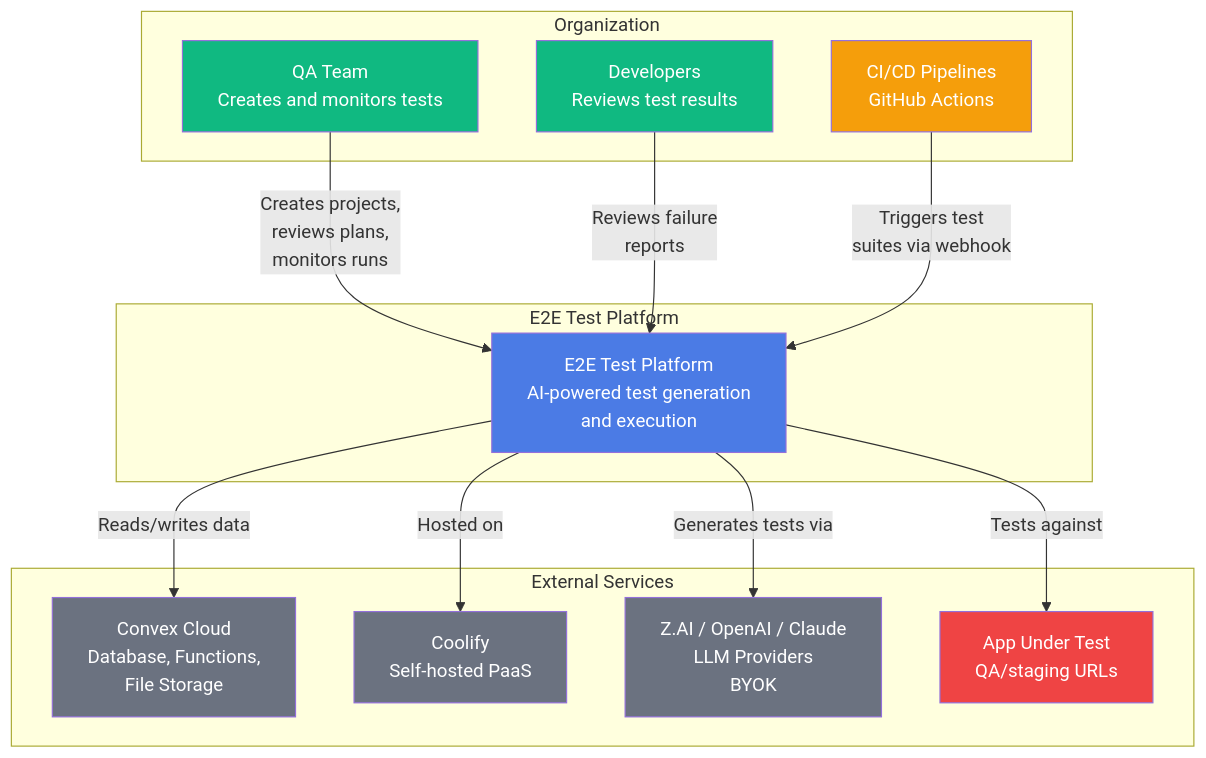
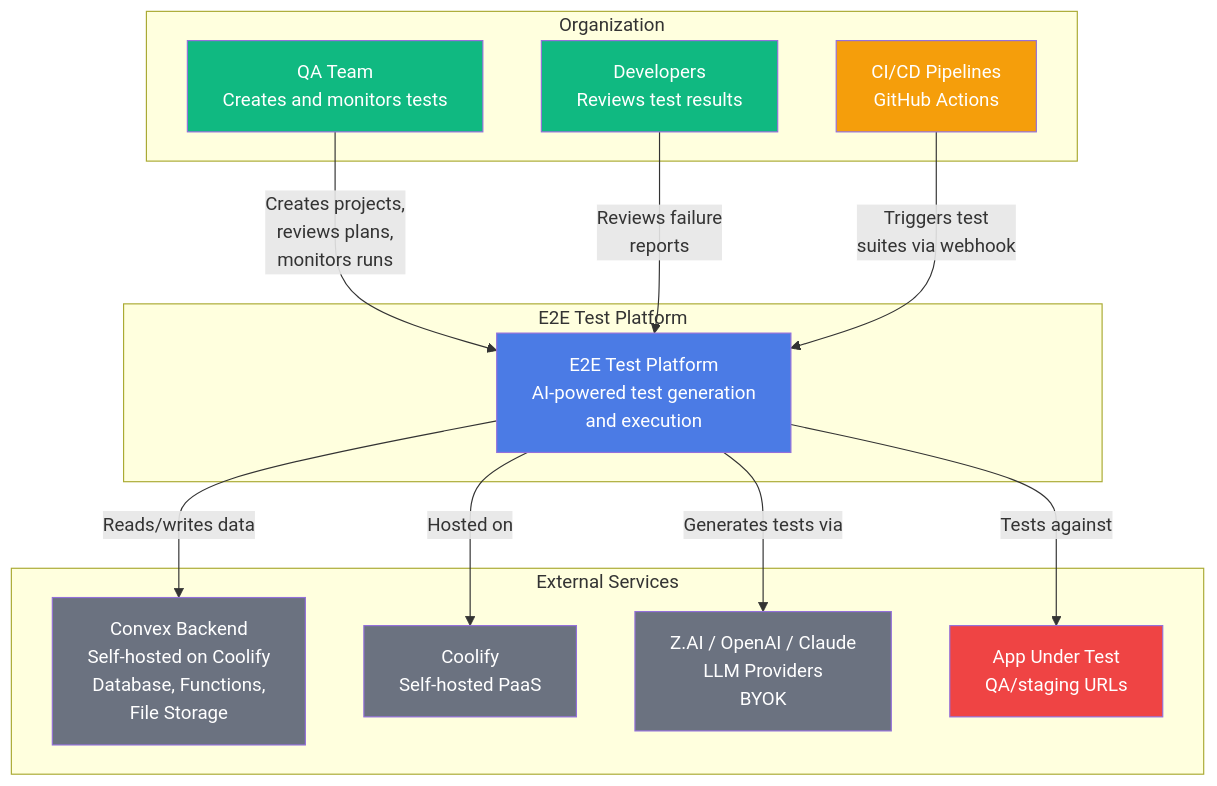
One commit to ronkristoff/msitest changed the first of 21 diagrams in ARCHITECTURE.md. Above: the diagram before and after it, drawn with Mermaid. The commit also changed other lines of this file and 9 other files, not shown here.

First line of the commit message:
docs: align PRD, PLAN, ARCHITECTURE, schema, and issues 3-6 with grilling decisions

````diff
--- a/ARCHITECTURE.md
+++ b/ARCHITECTURE.md
@@ -22,37 +22,37 @@
 ```mermaid
 graph TB
     subgraph "Organization"
         QA[QA Team<br/>Creates and monitors tests]
         DEV[Developers<br/>Reviews test results]
         CI[CI/CD Pipelines<br/>GitHub Actions]
     end
 
     subgraph "E2E Test Platform"
         Platform[E2E Test Platform<br/>AI-powered test generation<br/>and execution]
     end
 
     subgraph "External Services"
-        Convex[Convex Cloud<br/>Database, Functions,<br/>File Storage]
+        Convex[Convex Backend<br/>Self-hosted on Coolify<br/>Database, Functions,<br/>File Storage]
         Coolify[Coolify<br/>Self-hosted PaaS]
         LLM[Z.AI / OpenAI / Claude<br/>LLM Providers<br/>BYOK]
         AppTarget[App Under Test<br/>QA/staging URLs]
     end
 
     QA -->|Creates projects,<br/>reviews plans,<br/>monitors runs| Platform
     DEV -->|Reviews failure<br/>reports| Platform
     CI -->|Triggers test<br/>suites via webhook| Platform
 
     Platform -->|Reads/writes data| Convex
     Platform -->|Hosted on| Coolify
     Platform -->|Generates tests via| LLM
     Platform -->|Tests against| AppTarget
 
     style Platform fill:#4B7BE5,color:#fff
     style QA fill:#10B981,color:#fff
     style DEV fill:#10B981,color:#fff
     style CI fill:#F59E0B,color:#fff
     style Convex fill:#6B7280,color:#fff
     style Coolify fill:#6B7280,color:#fff
     style LLM fill:#6B7280,color:#fff
     style AppTarget fill:#EF4444,color:#fff
 ```
````
